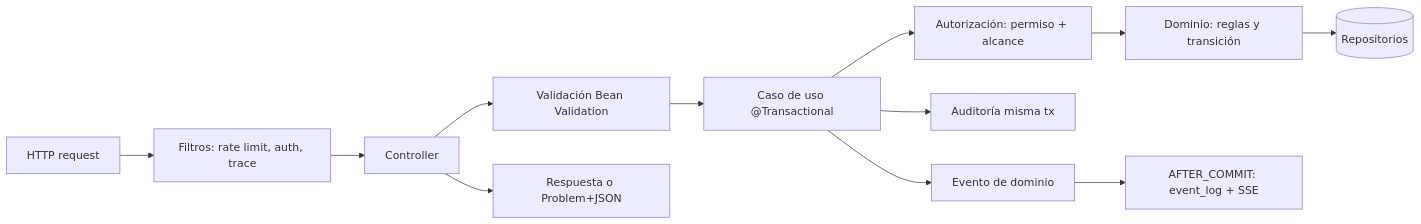
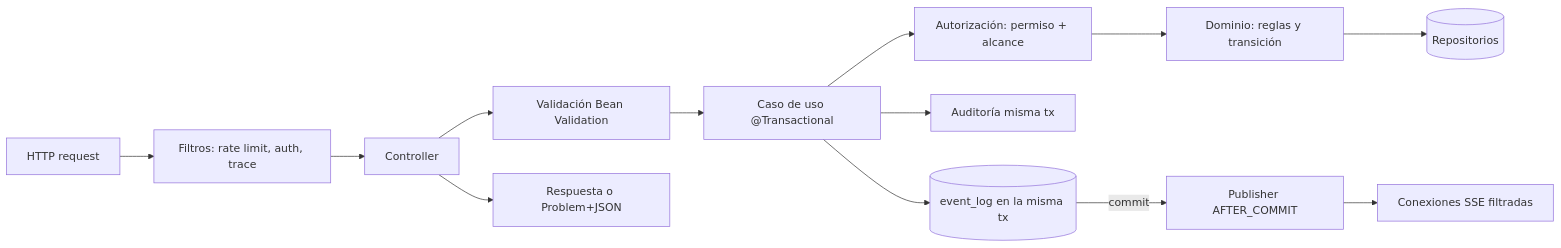
One commit to canoezequiel7k-sys/Somphie-Z-rich changed the second of 3 diagrams in docs/03-arquitectura/backend-arquitectura.md. Above: the diagram before and after it, drawn with Mermaid. The commit also changed other lines of this file and 25 other files, not shown here.

````diff
--- a/docs/03-arquitectura/backend-arquitectura.md
+++ b/docs/03-arquitectura/backend-arquitectura.md
@@ -78,14 +84,15 @@
 ```mermaid
 flowchart LR
   REQ[HTTP request] --> F[Filtros: rate limit, auth, trace]
   F --> C[Controller]
   C --> V[Validación Bean Validation]
   V --> UC[Caso de uso @Transactional]
   UC --> A[Autorización: permiso + alcance]
   A --> D[Dominio: reglas y transición]
   D --> R[(Repositorios)]
   UC --> AU[Auditoría misma tx]
-  UC --> EV[Evento de dominio]
-  EV --> AC[AFTER_COMMIT: event_log + SSE]
+  UC --> EVL[(event_log en la misma tx)]
+  EVL -->|commit| PUB[Publisher AFTER_COMMIT]
+  PUB --> SSE[Conexiones SSE filtradas]
   C --> RES[Respuesta o Problem+JSON]
 ```
````
